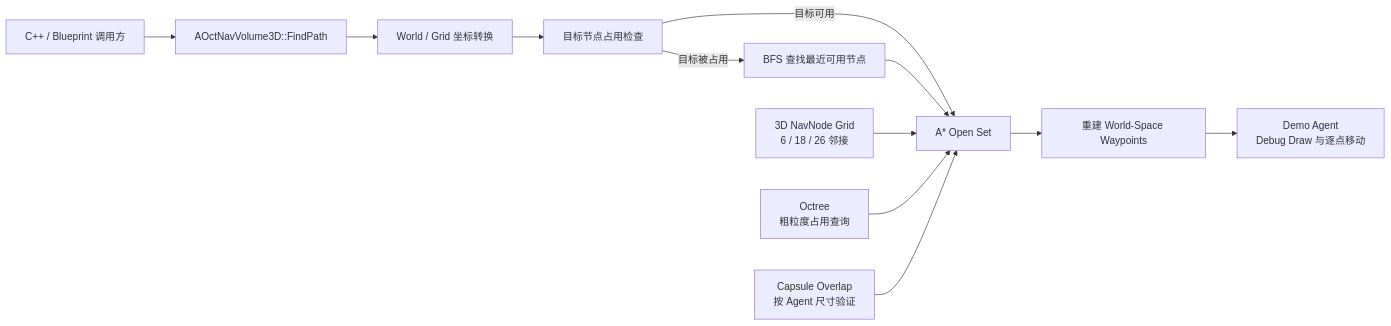
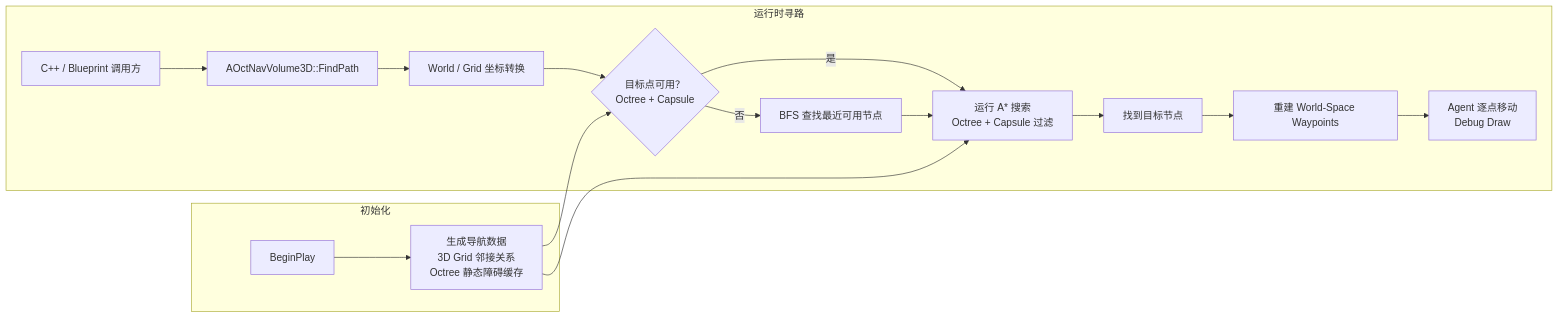
Before and after one commit to AAAiee/UE5-ObjectPool-And-Nav3D-Plugin: the diagram in README.zh-CN.md, drawn with Mermaid. The commit also changed 3 other files, not shown here.

````diff
--- a/README.zh-CN.md
+++ b/README.zh-CN.md
@@ -31,14 +31,21 @@
 ```mermaid
 flowchart LR
-    Caller["C++ / Blueprint 调用方"] --> API["AOctNavVolume3D::FindPath"]
-    API --> Convert["World / Grid 坐标转换"]
-    Convert --> Goal["目标节点占用检查"]
-    Goal -->|目标可用| Search["A* Open Set"]
-    Goal -->|目标被占用| BFS["BFS 查找最近可用节点"]
-    BFS --> Search
-    Grid["3D NavNode Grid<br/>6 / 18 / 26 邻接"] --> Search
-    Octree["Octree<br/>粗粒度占用查询"] --> Search
-    Capsule["Capsule Overlap<br/>按 Agent 尺寸验证"] --> Search
-    Search --> Path["重建 World-Space Waypoints"]
-    Path --> Agent["Demo Agent<br/>Debug Draw 与逐点移动"]
+    subgraph Init["初始化"]
+        BeginPlay["BeginPlay"] --> NavData["生成导航数据<br/>3D Grid 邻接关系<br/>Octree 静态障碍缓存"]
+    end
+
+    subgraph Runtime["运行时寻路"]
+        Caller["C++ / Blueprint 调用方"] --> API["AOctNavVolume3D::FindPath"]
+        API --> Convert["World / Grid 坐标转换"]
+        Convert --> Goal{"目标点可用？<br/>Octree + Capsule"}
+        Goal -->|否| BFS["BFS 查找最近可用节点"]
+        Goal -->|是| Search["运行 A* 搜索<br/>Octree + Capsule 过滤"]
+        BFS --> Search
+        Search --> Found["找到目标节点"]
+        Found --> Path["重建 World-Space Waypoints"]
+        Path --> Agent["Agent 逐点移动<br/>Debug Draw"]
+    end
+
+    NavData --> Goal
+    NavData --> Search
 ```
````
